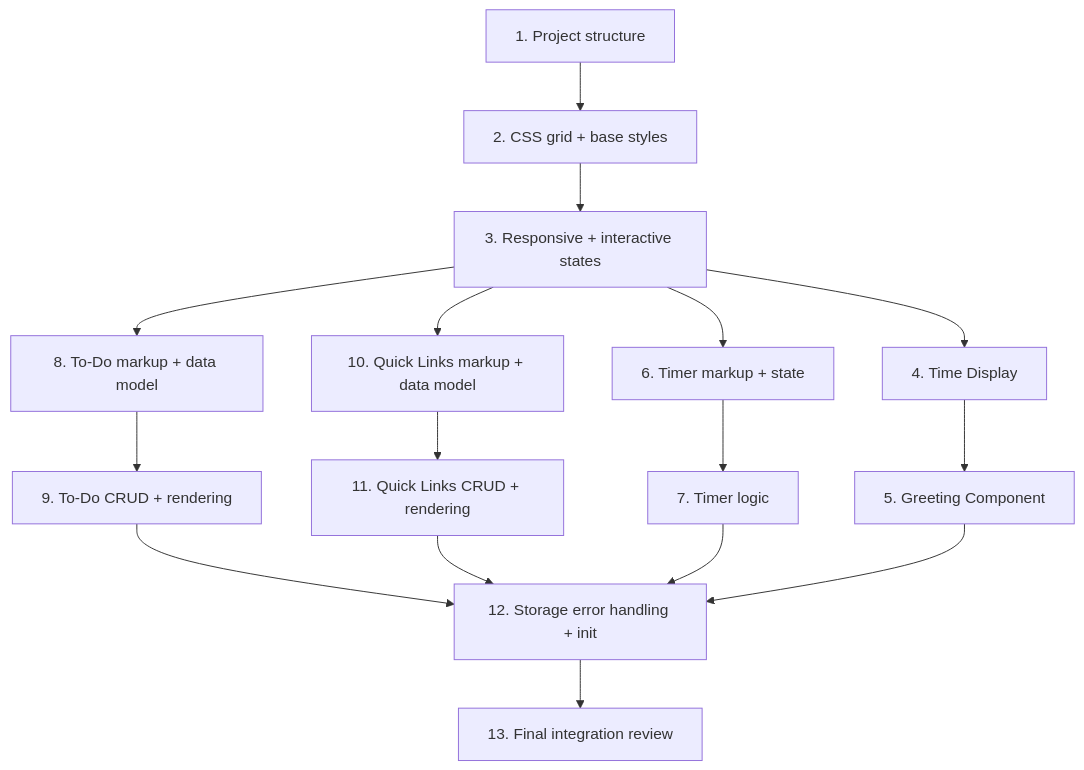
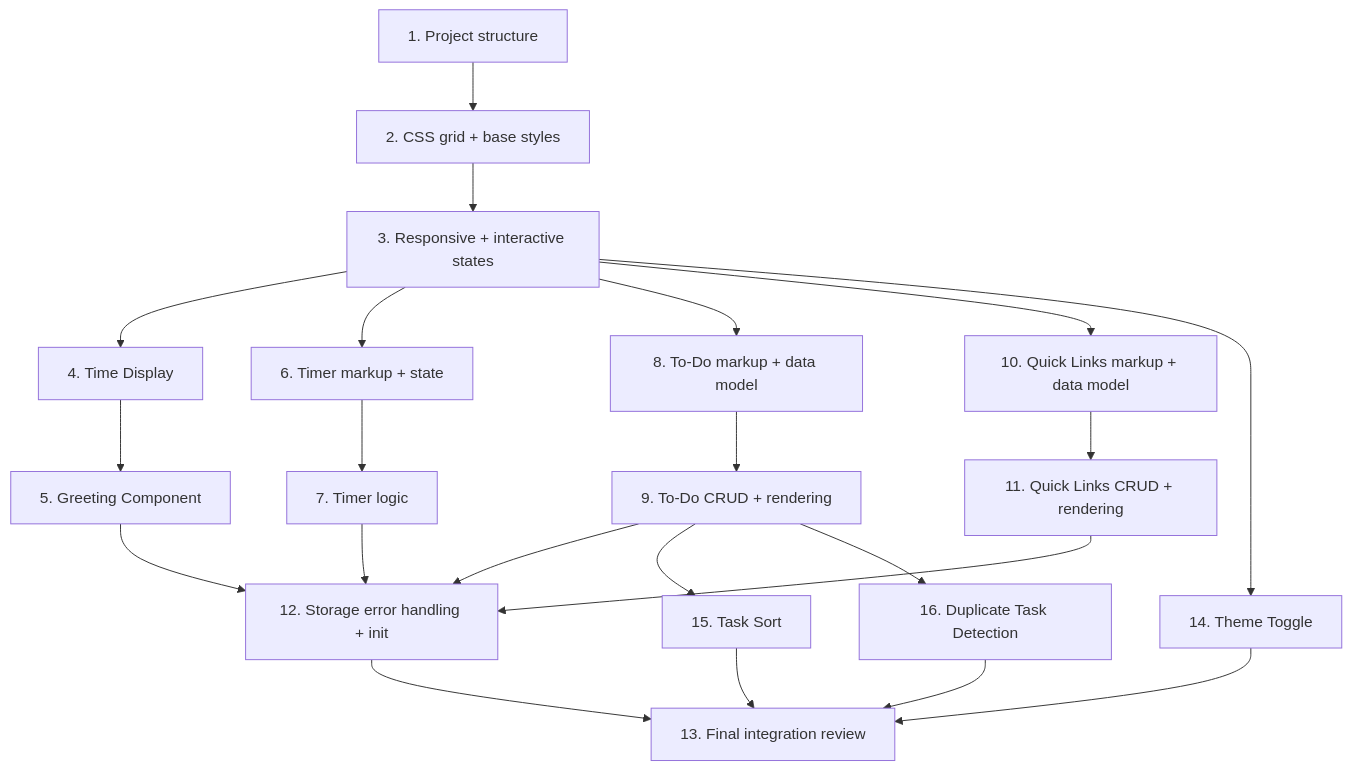
One commit to lqill/CodingCamp-29June26-M.ElQiliqsandy changed the diagram in .kiro/specs/todo-list-life-dashboard/tasks.md. Above: the diagram before and after it, drawn with Mermaid. The commit also changed other lines of this file and 5 other files, not shown here.

````diff
--- a/.kiro/specs/todo-list-life-dashboard/tasks.md
+++ b/.kiro/specs/todo-list-life-dashboard/tasks.md
@@ -122,18 +150,24 @@
 ```mermaid
 graph TD
   1[1. Project structure] --> 2[2. CSS grid + base styles]
   2 --> 3[3. Responsive + interactive states]
   3 --> 4[4. Time Display]
   4 --> 5[5. Greeting Component]
   3 --> 6[6. Timer markup + state]
   6 --> 7[7. Timer logic]
   3 --> 8[8. To-Do markup + data model]
   8 --> 9[9. To-Do CRUD + rendering]
   3 --> 10[10. Quick Links markup + data model]
   10 --> 11[11. Quick Links CRUD + rendering]
   9 --> 12[12. Storage error handling + init]
   11 --> 12
   7 --> 12
   5 --> 12
+  3 --> 14[14. Theme Toggle]
+  9 --> 15[15. Task Sort]
+  9 --> 16[16. Duplicate Task Detection]
   12 --> 13[13. Final integration review]
+  14 --> 13
+  15 --> 13
+  16 --> 13
 ```
````
